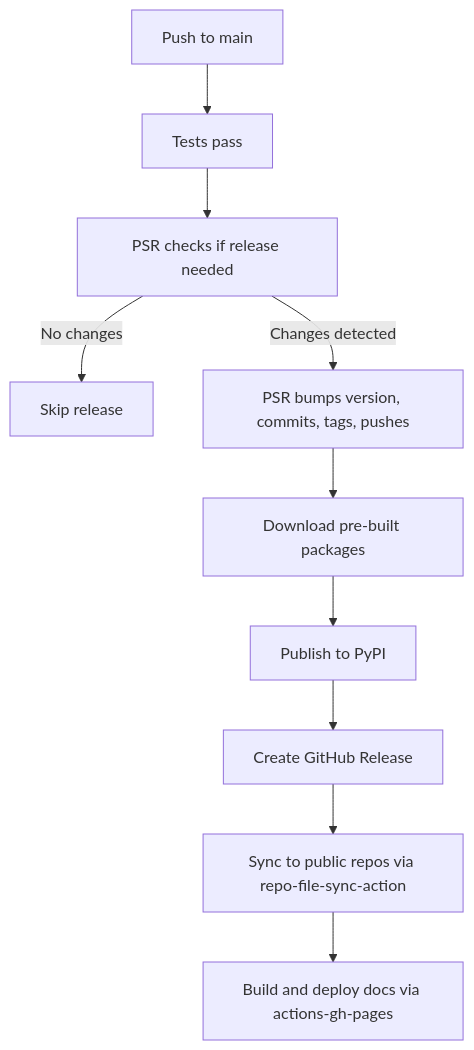
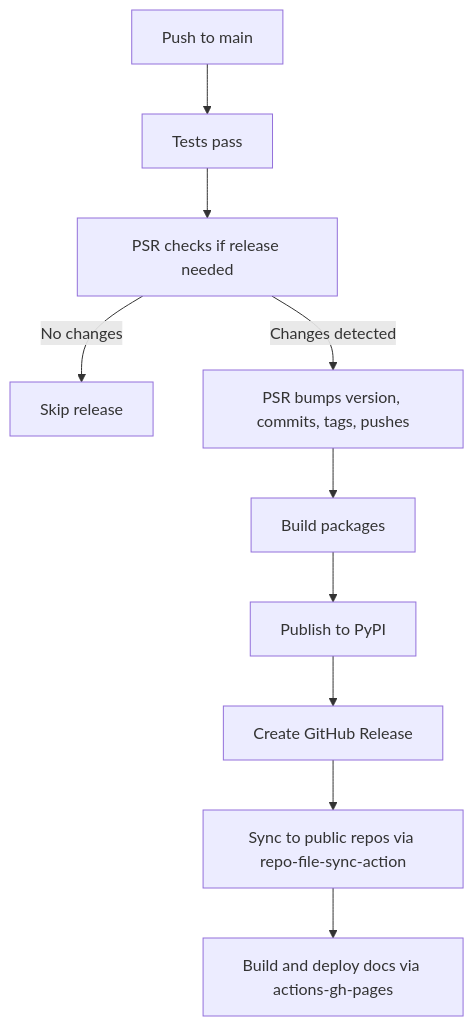
Before and after one commit to jbcom/control-center: the diagram in CI_RELEASE_FIX_SUMMARY.md, drawn with Mermaid. The commit also changed other lines of this file and 6 other files, not shown here.

````diff
--- a/CI_RELEASE_FIX_SUMMARY.md
+++ b/CI_RELEASE_FIX_SUMMARY.md
@@ -156,12 +156,12 @@
 ```mermaid
 graph TD
     A[Push to main] --> B[Tests pass]
     B --> C[PSR checks if release needed]
     C -->|No changes| D[Skip release]
     C -->|Changes detected| E[PSR bumps version, commits, tags, pushes]
-    E --> F[Download pre-built packages]
+    E --> F[Build packages]
     F --> G[Publish to PyPI]
     G --> H[Create GitHub Release]
     H --> I[Sync to public repos via repo-file-sync-action]
     I --> J[Build and deploy docs via actions-gh-pages]
 ```
````
